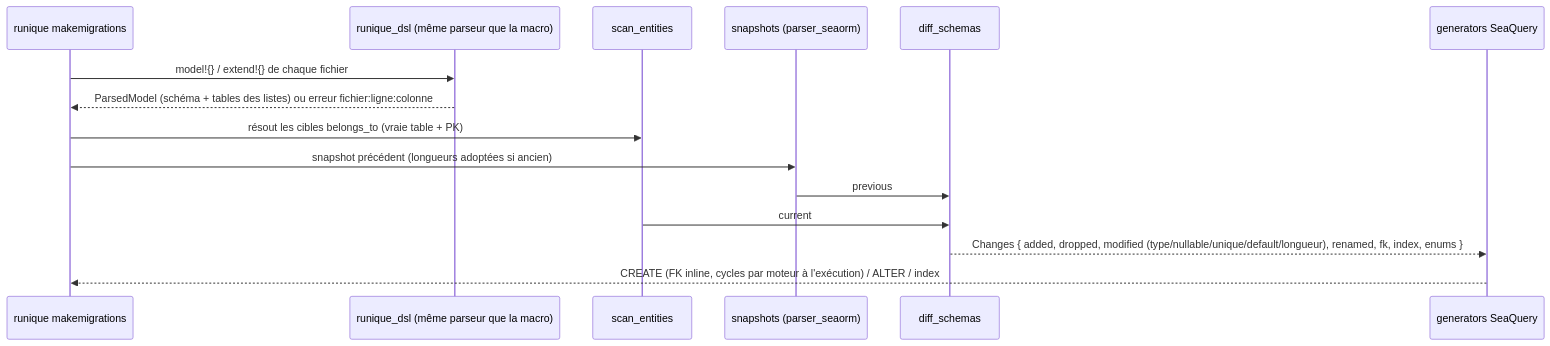
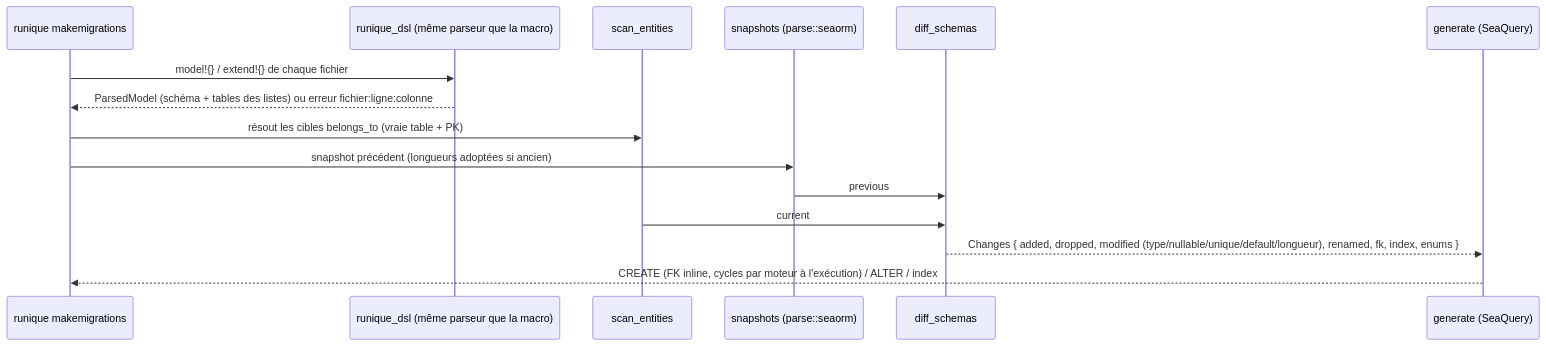
Before and after one commit to seb-alliot/runique: the third of 3 diagrams in diagramme/flux/auth-session-et-makemigrations.md, drawn with Mermaid. The commit also changed other lines of this file and 110 other files, not shown here.

````diff
--- a/diagramme/flux/auth-session-et-makemigrations.md
+++ b/diagramme/flux/auth-session-et-makemigrations.md
@@ -69,18 +69,18 @@
 ```mermaid
 sequenceDiagram
     participant CLI as runique makemigrations
     participant DSL as runique_dsl (même parseur que la macro)
     participant SC as scan_entities
-    participant SN as snapshots (parser_seaorm)
+    participant SN as snapshots (parse::seaorm)
     participant D as diff_schemas
-    participant G as generators SeaQuery
+    participant G as generate (SeaQuery)
 
     CLI->>DSL: model!{} / extend!{} de chaque fichier
     DSL-->>CLI: ParsedModel (schéma + tables des listes) ou erreur fichier:ligne:colonne
     CLI->>SC: résout les cibles belongs_to (vraie table + PK)
     CLI->>SN: snapshot précédent (longueurs adoptées si ancien)
     SN->>D: previous
     SC->>D: current
     D-->>G: Changes { added, dropped, modified (type/nullable/unique/default/longueur), renamed, fk, index, enums }
     G-->>CLI: CREATE (FK inline, cycles par moteur à l'exécution) / ALTER / index
 ```
````
